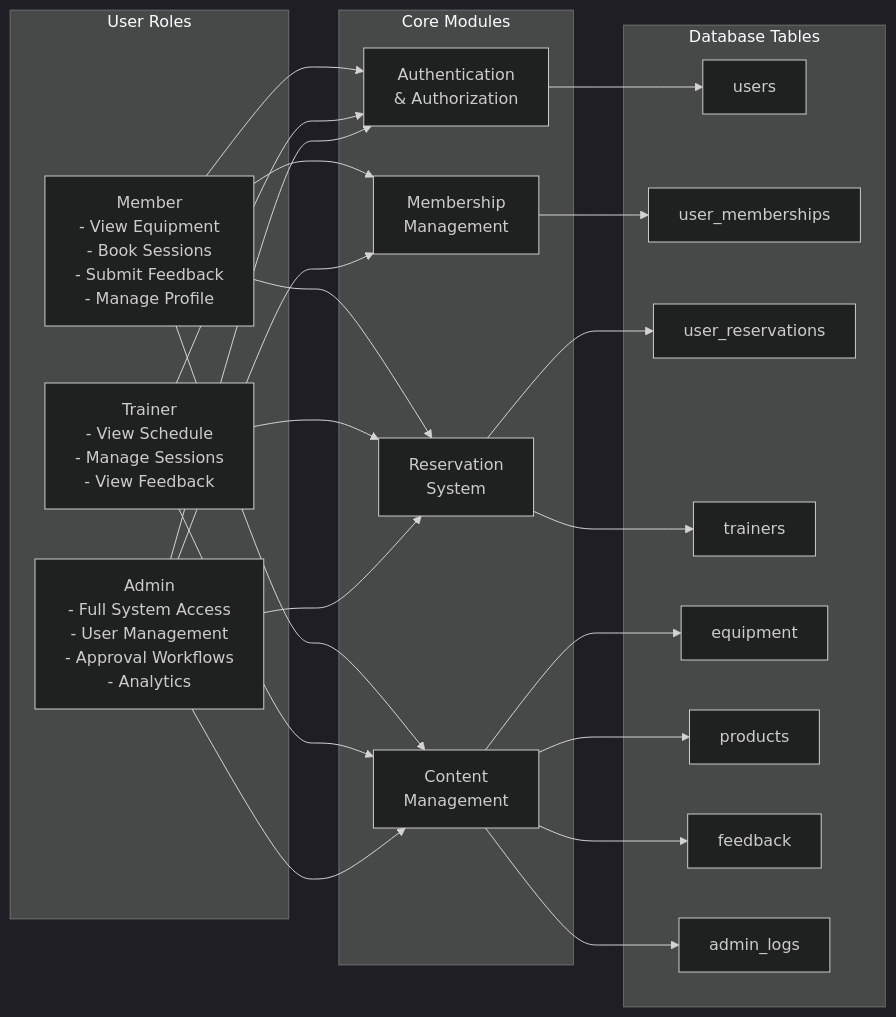
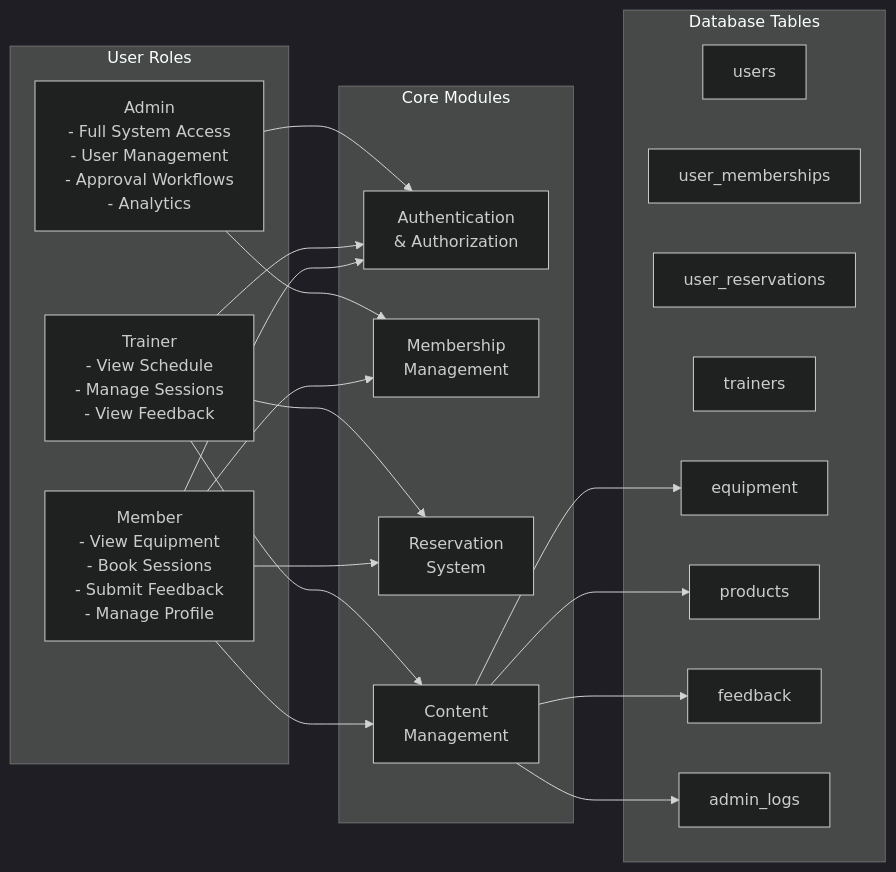
Before and after one commit to Fit-and-Brawl-Gym/fit-brawl: the second of 4 diagrams in docs/system-architecture.md, drawn with Mermaid (dark theme). The commit also changed other lines of this file, not shown here.

````diff
--- a/docs/system-architecture.md
+++ b/docs/system-architecture.md
@@ -125,49 +121,42 @@
 ```mermaid
 graph LR
     subgraph "User Roles"
         Member[Member<br/>- View Equipment<br/>- Book Sessions<br/>- Submit Feedback<br/>- Manage Profile]
         Trainer[Trainer<br/>- View Schedule<br/>- Manage Sessions<br/>- View Feedback]
         Admin[Admin<br/>- Full System Access<br/>- User Management<br/>- Approval Workflows<br/>- Analytics]
     end
 
     subgraph "Core Modules"
         Mod1[Authentication<br/>& Authorization]
         Mod2[Membership<br/>Management]
         Mod3[Reservation<br/>System]
         Mod4[Content<br/>Management]
     end
 
     subgraph "Database Tables"
         T1[users]
         T2[user_memberships]
         T3[user_reservations]
         T4[trainers]
         T5[equipment]
         T6[products]
         T7[feedback]
         T8[admin_logs]
     end
 
     Member --> Mod1
     Member --> Mod2
     Member --> Mod3
     Member --> Mod4
 
     Trainer --> Mod1
     Trainer --> Mod3
     Trainer --> Mod4
 
     Admin --> Mod1
     Admin --> Mod2
-    Admin --> Mod3
-    Admin --> Mod4
-
-    Mod1 --> T1
-    Mod2 --> T2
-    Mod3 --> T3
-    Mod3 --> T4
     Mod4 --> T5
     Mod4 --> T6
     Mod4 --> T7
     Mod4 --> T8
 ```
````
